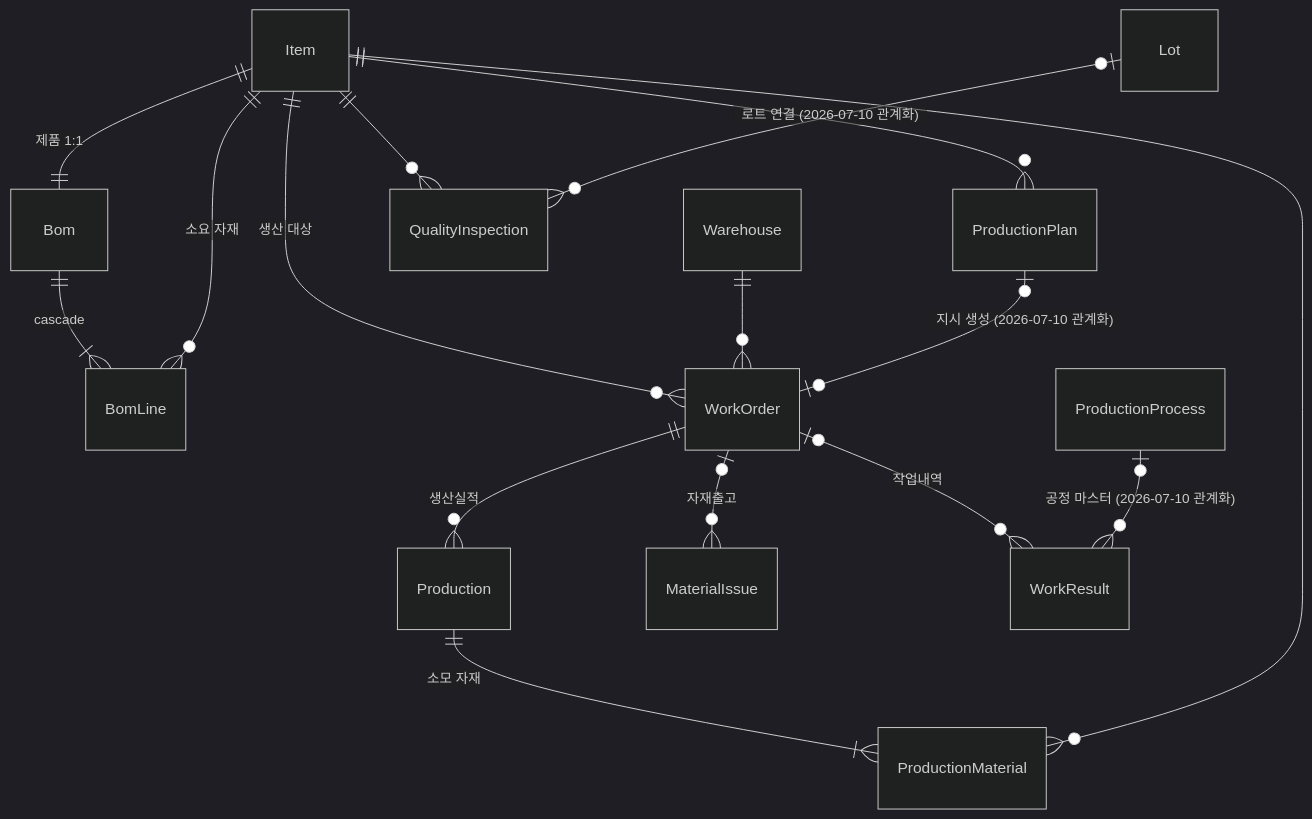
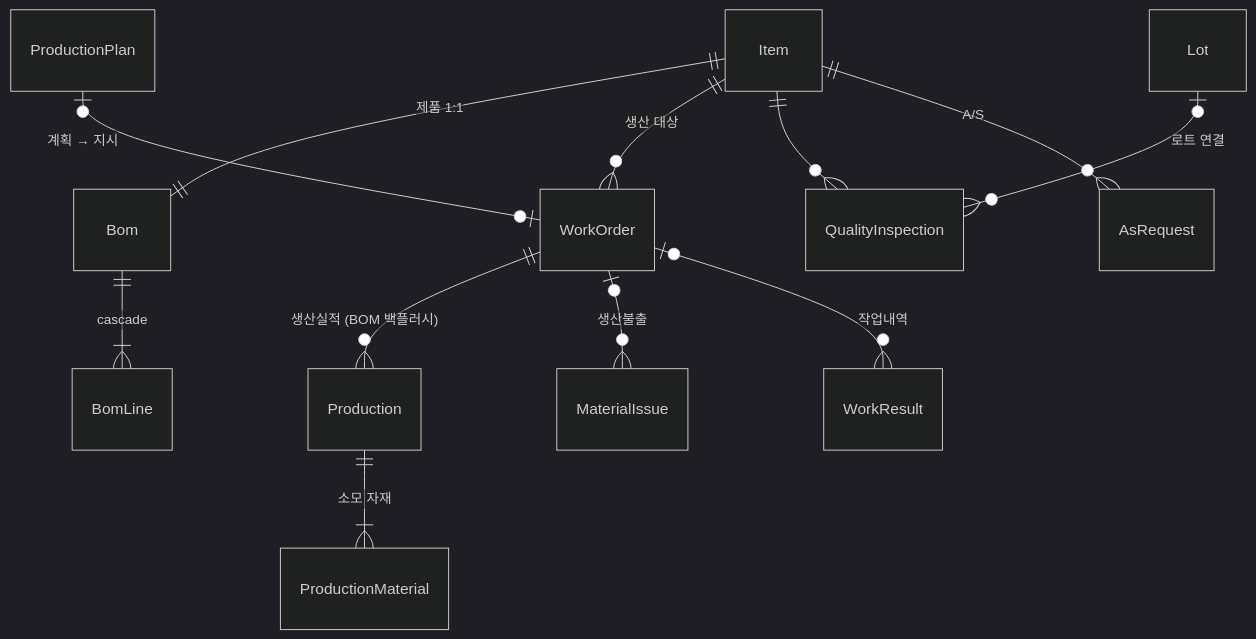
One commit to KWANHYUNKIM/industry-erp changed the fifth of 11 diagrams in docs/데이터-관계도.md. Above: the diagram before and after it, drawn with Mermaid (dark theme). The commit also changed other lines of this file and 1 other file, not shown here.

````diff
--- a/docs/데이터-관계도.md
+++ b/docs/데이터-관계도.md
@@ -72,22 +110,15 @@
 ```mermaid
 erDiagram
   Item ||--|| Bom : "제품 1:1"
   Bom ||--|{ BomLine : "cascade"
-  Item ||--o{ BomLine : "소요 자재"
-
   Item ||--o{ WorkOrder : "생산 대상"
-  Warehouse ||--o{ WorkOrder : ""
-  WorkOrder ||--o{ Production : "생산실적"
+  WorkOrder ||--o{ Production : "생산실적 (BOM 백플러시)"
   Production ||--|{ ProductionMaterial : "소모 자재"
-  Item ||--o{ ProductionMaterial : ""
-
-  Item ||--o{ ProductionPlan : ""
-  ProductionPlan |o--o| WorkOrder : "지시 생성 (2026-07-10 관계화)"
-
-  WorkOrder |o--o{ MaterialIssue : "자재출고"
+  ProductionPlan |o--o| WorkOrder : "계획 → 지시"
+  WorkOrder |o--o{ MaterialIssue : "생산불출"
   WorkOrder |o--o{ WorkResult : "작업내역"
-  ProductionProcess |o--o{ WorkResult : "공정 마스터 (2026-07-10 관계화)"
 
   Item ||--o{ QualityInspection : ""
-  Lot |o--o{ QualityInspection : "로트 연결 (2026-07-10 관계화)"
+  Lot |o--o{ QualityInspection : "로트 연결"
+  Item ||--o{ AsRequest : "A/S"
 ```
````
